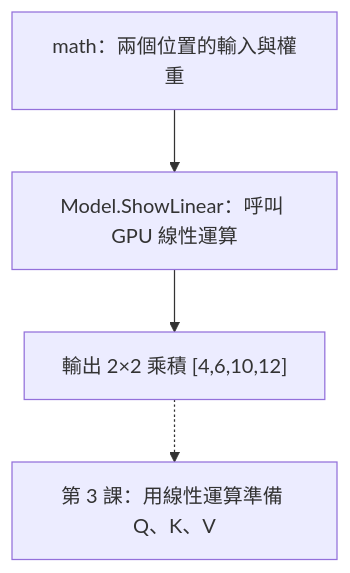
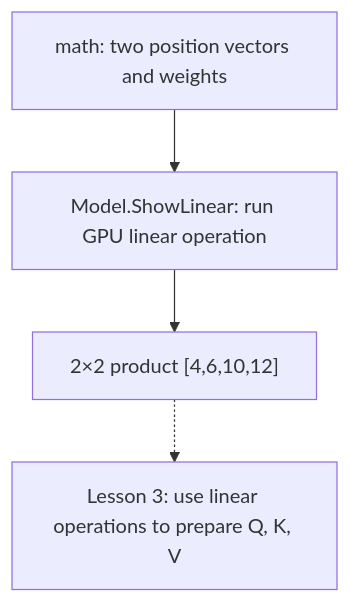
One commit to tingwei628/my-gpt changed the first of 5 diagrams in lessons/my-gpt/README.md. Above: the diagram before and after it, drawn with Mermaid. The commit also changed other lines of this file and 12 other files, not shown here.

````diff
--- a/lessons/my-gpt/README.md
+++ b/lessons/my-gpt/README.md
@@ -17,6 +15,6 @@
 ```mermaid
 flowchart TD
-    A["math：兩個位置的輸入與權重"] --> B["Model.ShowLinear：呼叫 GPU 線性運算"]
-    B --> C["輸出 2×2 乘積 [4,6,10,12]"]
-    C -.-> D["第 3 課：用線性運算準備 Q、K、V"]
+    A["math: two position vectors and weights"] --> B["Model.ShowLinear: run GPU linear operation"]
+    B --> C["2×2 product [4,6,10,12]"]
+    C -.-> D["Lesson 3: use linear operations to prepare Q, K, V"]
 ```
````
